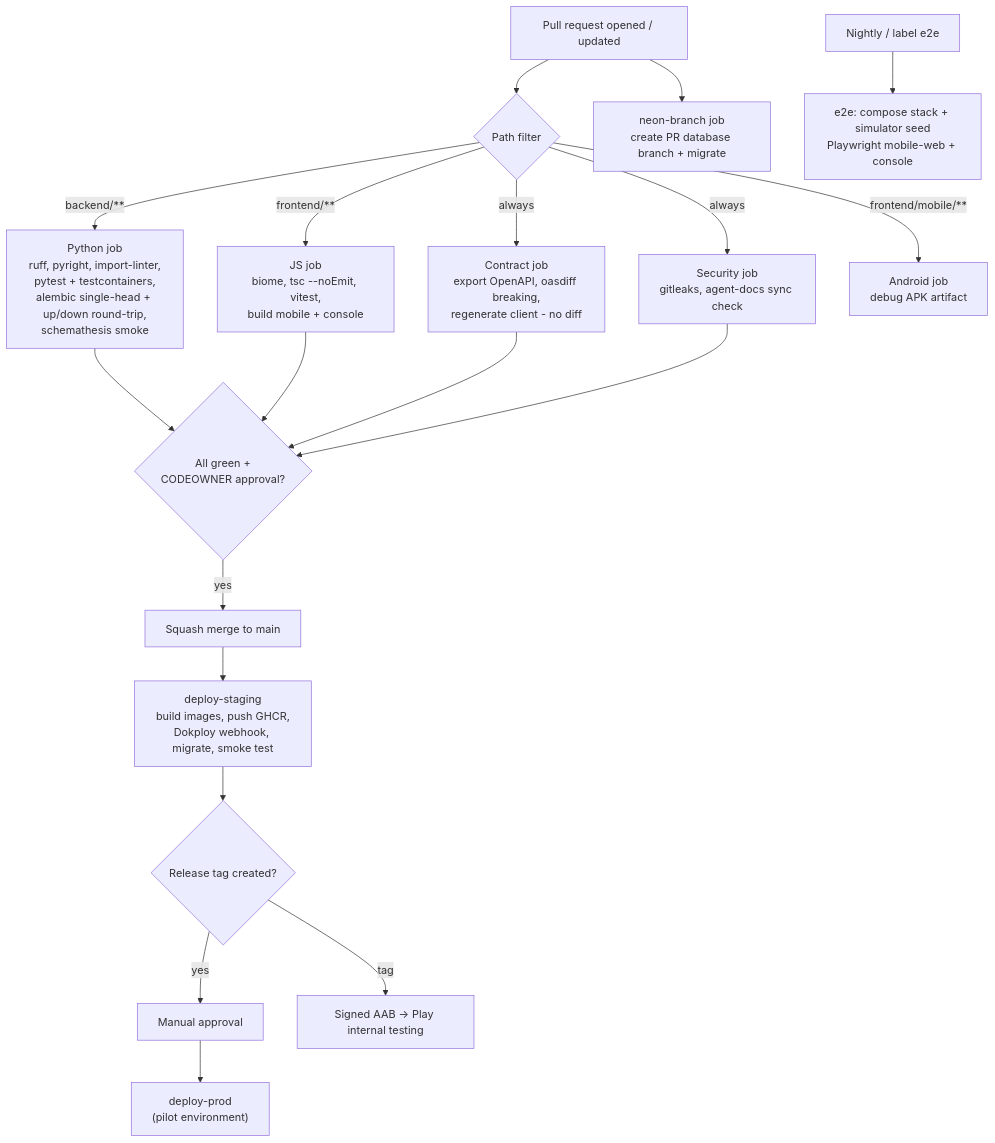
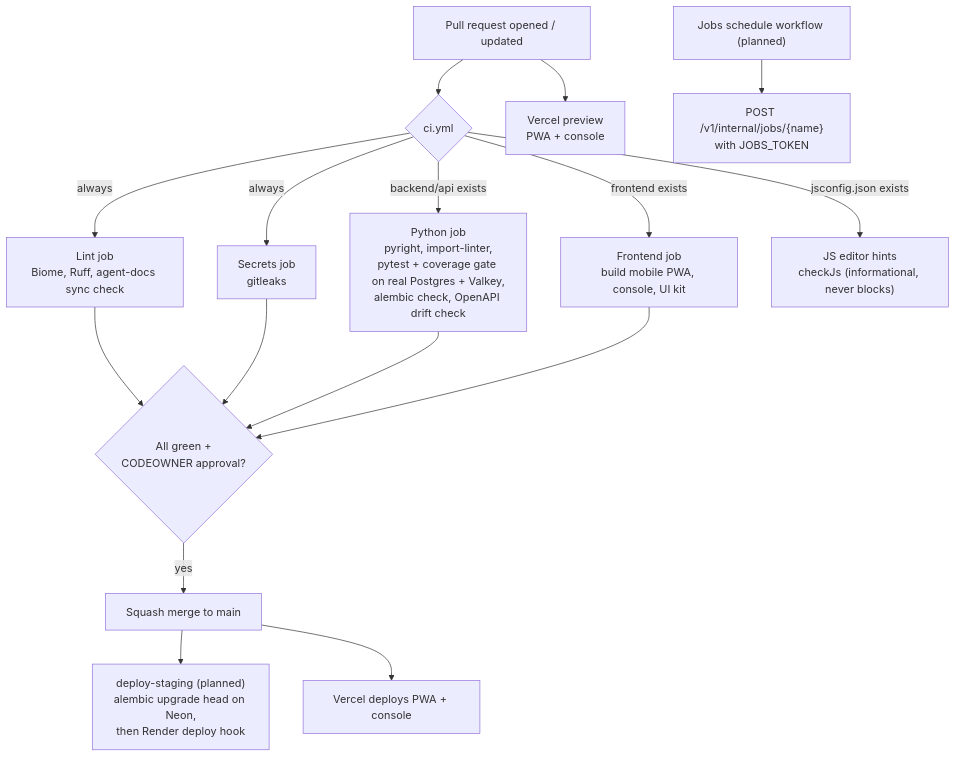
One commit to prelekar7/GharBasket changed the second of 3 diagrams in docs/handbook/11-engineering-process.md. Above: the diagram before and after it, drawn with Mermaid. The commit also changed other lines of this file and 58 other files, not shown here.

````diff
--- a/docs/handbook/11-engineering-process.md
+++ b/docs/handbook/11-engineering-process.md
@@ -108,21 +112,18 @@
 ```mermaid
 flowchart TD
-    PR["Pull request opened / updated"] --> PF{"Path filter"}
-    PF -->|"backend/**"| PY["Python job<br/>ruff, pyright, import-linter,<br/>pytest + testcontainers,<br/>alembic single-head + up/down round-trip,<br/>schemathesis smoke"]
-    PF -->|"frontend/**"| JS["JS job<br/>biome, tsc --noEmit, vitest,<br/>build mobile + console"]
-    PF -->|always| CT["Contract job<br/>export OpenAPI, oasdiff breaking,<br/>regenerate client - no diff"]
-    PF -->|always| SEC["Security job<br/>gitleaks, agent-docs sync check"]
-    PF -->|"frontend/mobile/**"| AND["Android job<br/>debug APK artifact"]
-    PR --> NB["neon-branch job<br/>create PR database branch + migrate"]
-    PY --> OK{"All green +<br/>CODEOWNER approval?"}
-    JS --> OK
-    CT --> OK
+    PR["Pull request opened / updated"] --> CI{"ci.yml"}
+    CI -->|always| LINT["Lint job<br/>Biome, Ruff, agent-docs sync check"]
+    CI -->|always| SEC["Secrets job<br/>gitleaks"]
+    CI -->|"backend/api exists"| PY["Python job<br/>pyright, import-linter,<br/>pytest + coverage gate on real Postgres + Valkey,<br/>alembic check, OpenAPI drift check"]
+    CI -->|"frontend exists"| FE["Frontend job<br/>build mobile PWA, console, UI kit"]
+    CI -->|"jsconfig.json exists"| HINT["JS editor hints<br/>checkJs (informational, never blocks)"]
+    PR --> VP["Vercel preview<br/>PWA + console"]
+    LINT --> OK{"All green +<br/>CODEOWNER approval?"}
     SEC --> OK
+    PY --> OK
+    FE --> OK
     OK -->|yes| MG["Squash merge to main"]
-    MG --> STG["deploy-staging<br/>build images, push GHCR,<br/>Dokploy webhook, migrate, smoke test"]
-    STG --> TAG{"Release tag created?"}
-    TAG -->|yes| APR["Manual approval"]
-    APR --> PROD["deploy-prod<br/>(pilot environment)"]
-    TAG -->|"tag"| AAB["Signed AAB -> Play internal testing"]
-    NIGHT["Nightly / label e2e"] --> E2E["e2e: compose stack + simulator seed<br/>Playwright mobile-web + console"]
+    MG --> STG["deploy-staging (planned)<br/>alembic upgrade head on Neon,<br/>then Render deploy hook"]
+    MG --> VD["Vercel deploys PWA + console"]
+    SCH["Jobs schedule workflow (planned)"] --> JOB["POST /v1/internal/jobs/{name}<br/>with JOBS_TOKEN"]
 ```
````
